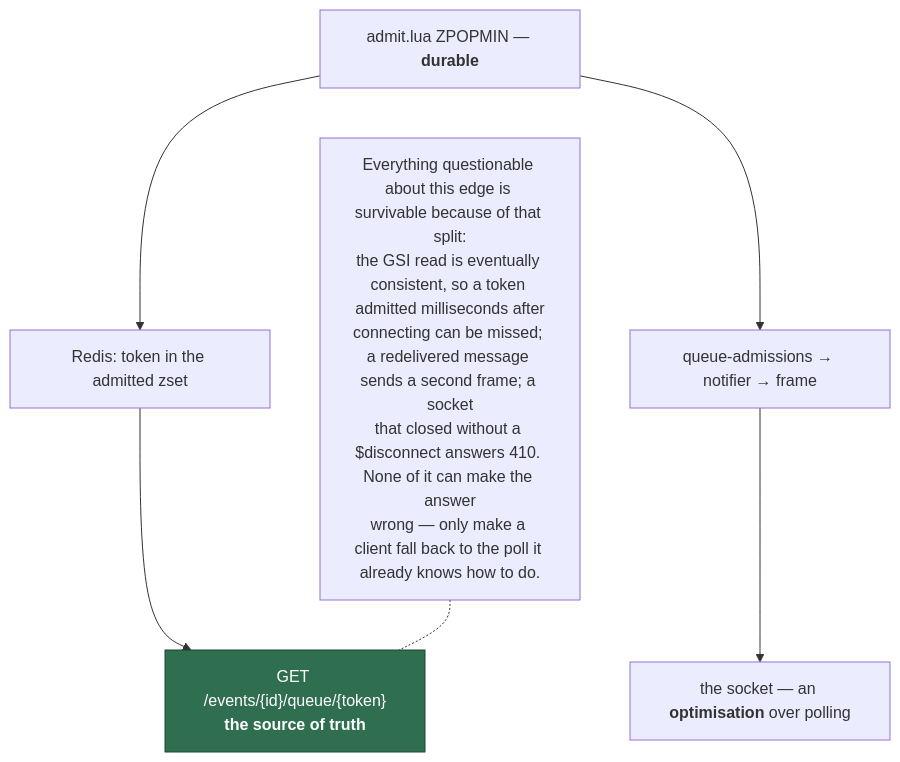
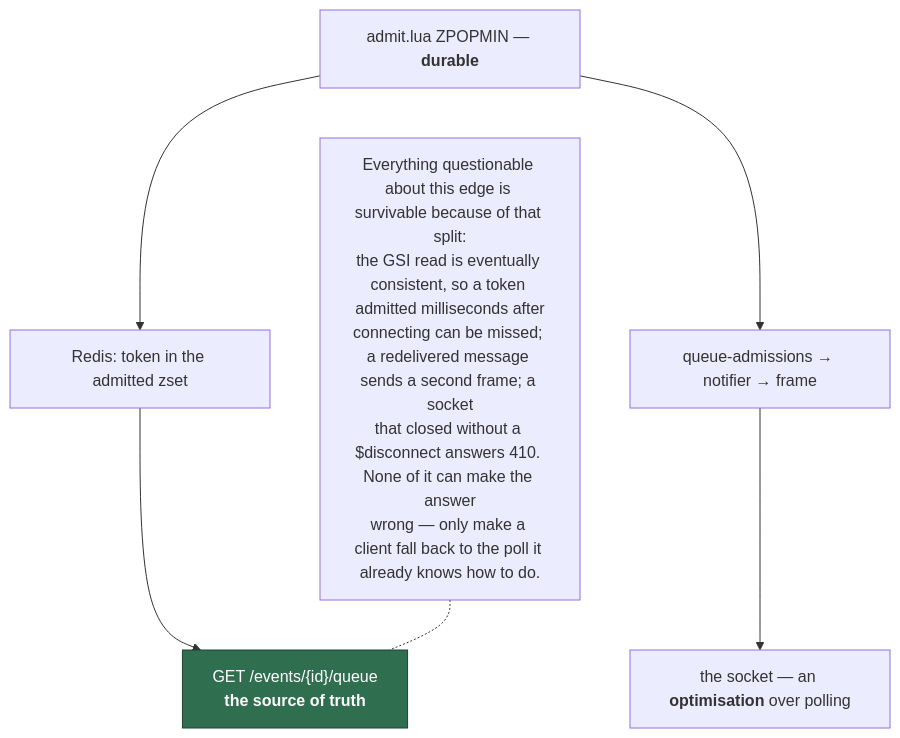
Before and after one commit to daliborjelicanin/ticket-waiting-room-aws: the fourth of 4 diagrams in queue-socket-lambda/ARCHITECTURE.md, drawn with Mermaid. The commit also changed 65 other files, not shown here.

````diff
--- a/queue-socket-lambda/ARCHITECTURE.md
+++ b/queue-socket-lambda/ARCHITECTURE.md
@@ -112,12 +112,12 @@
 ```mermaid
 flowchart TB
     A["admit.lua ZPOPMIN — <b>durable</b>"] --> B["Redis: token in the admitted zset"]
     A --> C["queue-admissions → notifier → frame"]
-    B --> D["GET /events/{id}/queue/{token}<br/><b>the source of truth</b>"]
+    B --> D["GET /events/{id}/queue<br/><b>the source of truth</b>"]
     C --> E["the socket — an <b>optimisation</b> over polling"]
 
     N["Everything questionable about this edge is survivable because of that split:<br/>the GSI read is eventually consistent, so a token admitted milliseconds after<br/>connecting can be missed; a redelivered message sends a second frame; a socket<br/>that closed without a $disconnect answers 410. None of it can make the answer<br/>wrong — only make a client fall back to the poll it already knows how to do."] -.- D
 
     classDef win fill:#2f6f4f,stroke:#1d4632,color:#fff;
     class D win;
 ```
````
